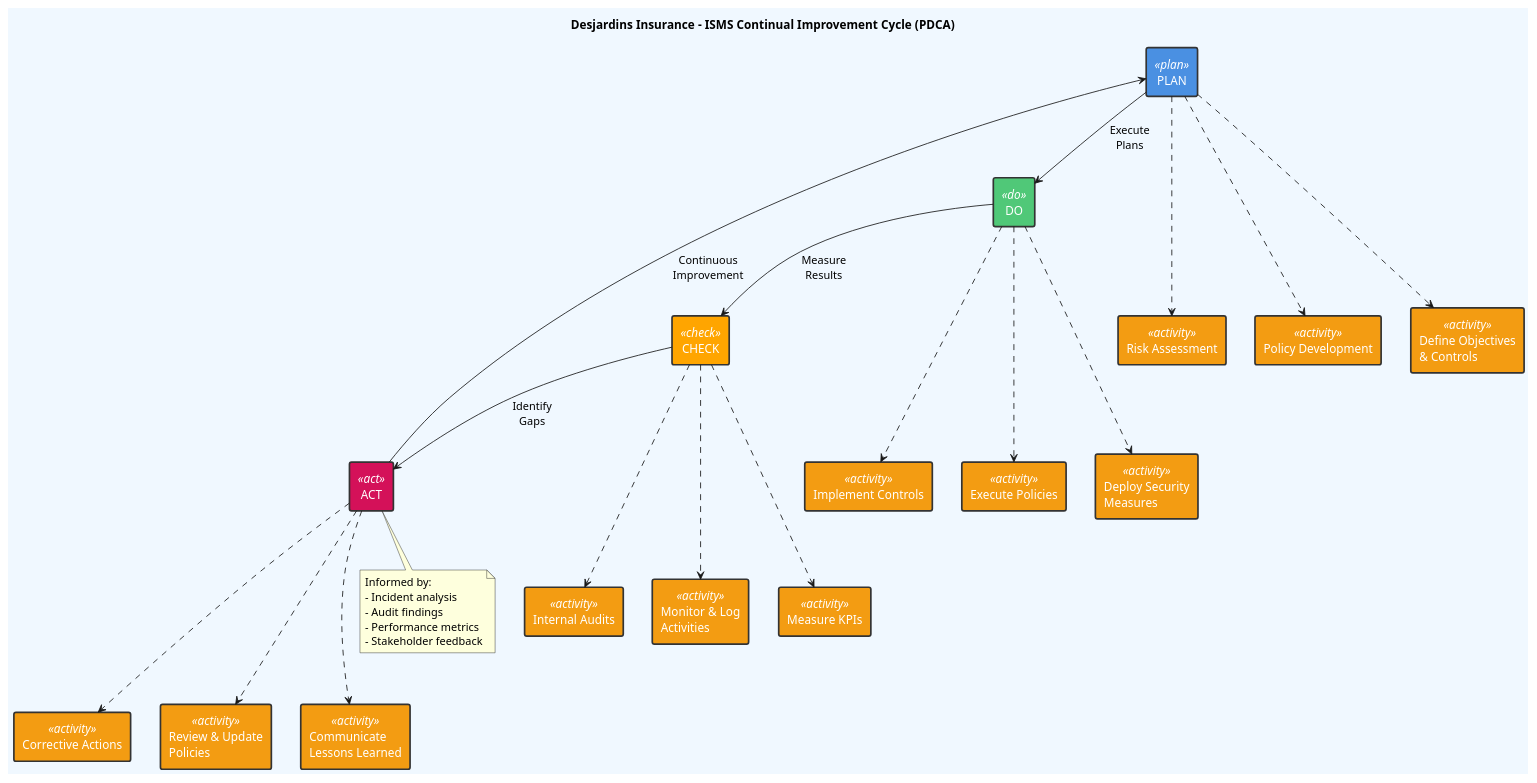
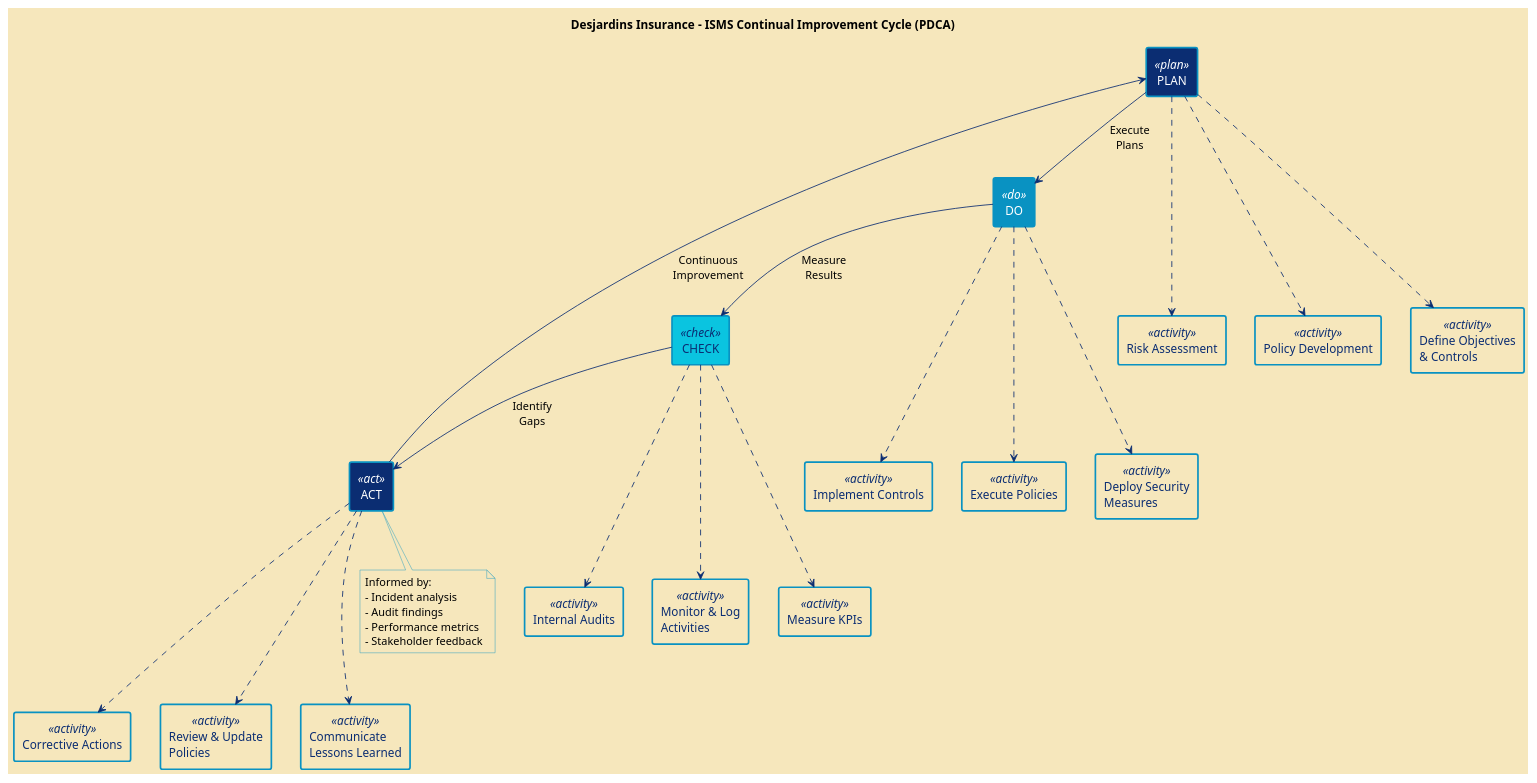
Before and after one commit to MercuryAtom31/Desjardins-Insurance-ISMS-Policy: the diagram in docs/diagrams/isms-continual-improvement.puml, drawn with PlantUML.

Commit message:
Changed the color palette of the diagram.

```diff
--- a/docs/diagrams/isms-continual-improvement.puml
+++ b/docs/diagrams/isms-continual-improvement.puml
@@ -1,79 +1,82 @@
 @startuml isms-continual-improvement
 
-skinparam backgroundColor #f0f8ff
+skinparam backgroundColor #F6E7BC
+skinparam ArrowColor #0B2D72
+skinparam NoteBackgroundColor #F6E7BC
+skinparam NoteBorderColor #0992C2
 skinparam rectangle {
-  BackgroundColor<<plan>> #4a90e2
-  BackgroundColor<<do>> #50c878
-  BackgroundColor<<check>> #ffa500
-  BackgroundColor<<act>> #d41159
-  BackgroundColor<<activity>> #f39c12
+  BackgroundColor<<plan>> #0B2D72
+  BackgroundColor<<do>> #0992C2
+  BackgroundColor<<check>> #0AC4E0
+  BackgroundColor<<act>> #0B2D72
+  BackgroundColor<<activity>> #F6E7BC
   FontColor<<plan>> #ffffff
   FontColor<<do>> #ffffff
-  FontColor<<check>> #ffffff
+  FontColor<<check>> #0B2D72
   FontColor<<act>> #ffffff
-  FontColor<<activity>> #ffffff
-  BorderColor #333333
+  FontColor<<activity>> #0B2D72
+  BorderColor #0992C2
   BorderThickness 2
 }
 
 title Desjardins Insurance - ISMS Continual Improvement Cycle (PDCA)
 
 ' Central cycle
 rectangle "PLAN" as PLAN <<plan>>
 rectangle "DO" as DO <<do>>
 rectangle "CHECK" as CHECK <<check>>
 rectangle "ACT" as ACT <<act>>
 
 ' Plan Activities
 rectangle "Risk Assessment" as RA <<activity>>
 rectangle "Policy Development" as PD <<activity>>
 rectangle "Define Objectives\n& Controls" as DOC <<activity>>
 
 ' Do Activities
 rectangle "Implement Controls" as IC <<activity>>
 rectangle "Execute Policies" as EP <<activity>>
 rectangle "Deploy Security\nMeasures" as DSM <<activity>>
 
 ' Check Activities
 rectangle "Internal Audits" as IA <<activity>>
 rectangle "Monitor & Log\nActivities" as MLA <<activity>>
 rectangle "Measure KPIs" as MK <<activity>>
 
 ' Act Activities
 rectangle "Corrective Actions" as CA <<activity>>
 rectangle "Review & Update\nPolicies" as RUP <<activity>>
 rectangle "Communicate\nLessons Learned" as CLL <<activity>>
 
 ' Cycle flow
 PLAN --> DO : Execute\nPlans
 DO --> CHECK : Measure\nResults
 CHECK --> ACT : Identify\nGaps
 ACT --> PLAN : Continuous\nImprovement
 
 ' Sub-activities connections
 PLAN -.-> RA
 PLAN -.-> PD
 PLAN -.-> DOC
 
 DO -.-> IC
 DO -.-> EP
 DO -.-> DSM
 
 CHECK -.-> IA
 CHECK -.-> MLA
 CHECK -.-> MK
 
 ACT -.-> CA
 ACT -.-> RUP
 ACT -.-> CLL
 
 ' Feedback loop note
 note bottom of ACT
   Informed by:
   - Incident analysis
   - Audit findings
   - Performance metrics
   - Stakeholder feedback
 end note
 
 @enduml
```
